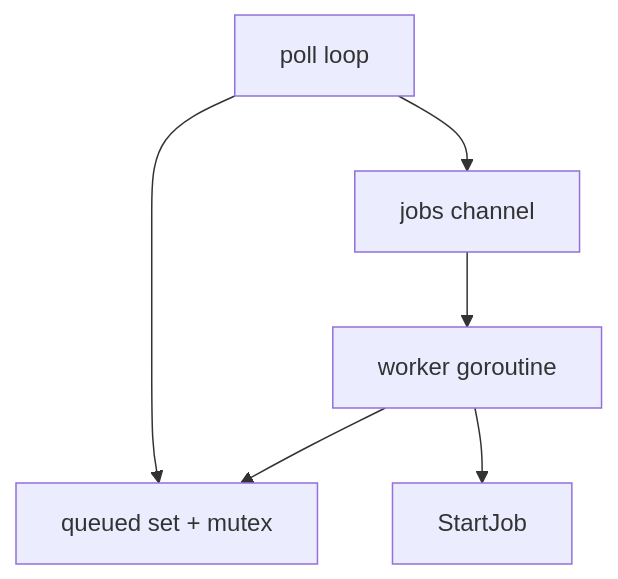
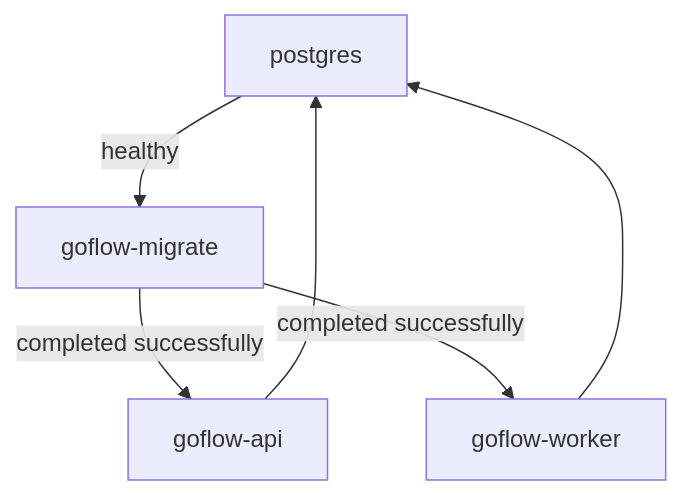
One commit to Kaushik-2005/GoFlow changed diagram 18 of 20 in docs/design.md. Above: the diagram before and after it, drawn with Mermaid. The commit also changed other lines of this file, not shown here.

````diff
--- a/docs/design.md
+++ b/docs/design.md
@@ -409,8 +466,8 @@
 ```mermaid
 flowchart TD
-    Poller[poll loop] --> QueueSet[queued set + mutex]
-    Poller --> Jobs[jobs channel]
-    Jobs --> Worker[worker goroutine]
-    Worker --> QueueSet
-    Worker --> Service[StartJob]
+    Postgres[postgres] -->|healthy| Migrate[goflow-migrate]
+    Migrate -->|completed successfully| API[goflow-api]
+    Migrate -->|completed successfully| Worker[goflow-worker]
+    API --> Postgres
+    Worker --> Postgres
 ```
````
